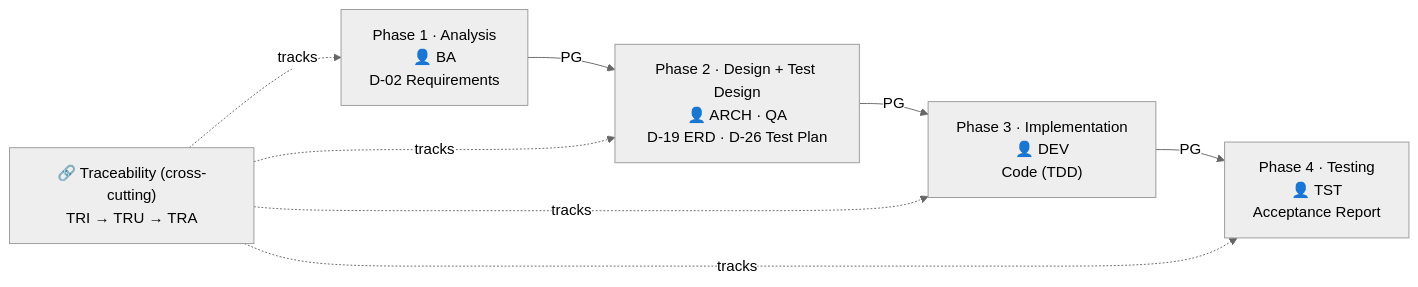
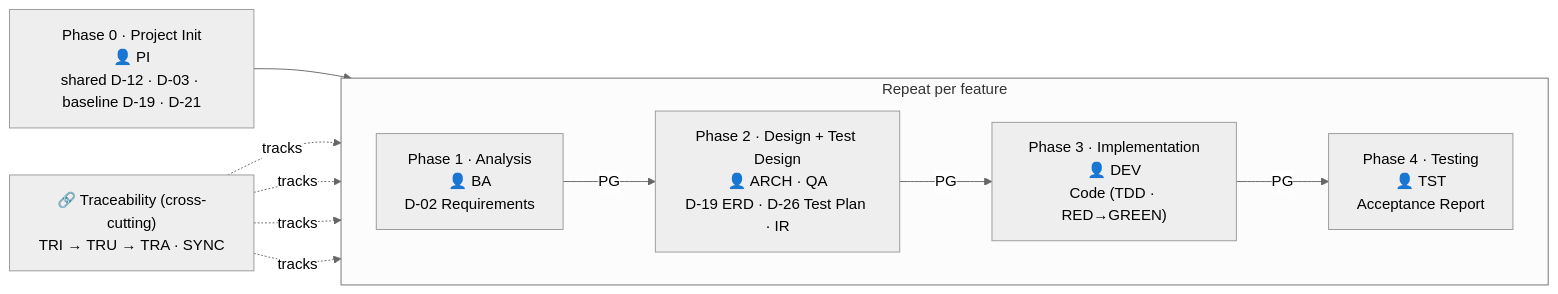
The diagram in README.en.md (hanh9898/waterfall-bmad-method), drawn with Mermaid (neutral theme) before and after one commit. The commit also changed other lines of this file and 29 other files, not shown here.

First line of the commit message:
docs(hbc): đồng bộ toàn bộ tài liệu sang v2 (incremental per-feature + TDD)

````diff
--- a/README.en.md
+++ b/README.en.md
@@ -69,12 +73,18 @@
 ```mermaid
 flowchart LR
-    P1["Phase 1 · Analysis<br/>👤 BA<br/>D-02 Requirements"]
-    P2["Phase 2 · Design + Test Design<br/>👤 ARCH · QA<br/>D-19 ERD · D-26 Test Plan"]
-    P3["Phase 3 · Implementation<br/>👤 DEV<br/>Code (TDD)"]
-    P4["Phase 4 · Testing<br/>👤 TST<br/>Acceptance Report"]
+    P0["Phase 0 · Project Init<br/>👤 PI<br/>shared D-12 · D-03 · baseline D-19 · D-21"]
 
-    P1 -->|PG| P2 -->|PG| P3 -->|PG| P4
+    subgraph FEAT["Repeat per feature"]
+        direction LR
+        P1["Phase 1 · Analysis<br/>👤 BA<br/>D-02 Requirements"]
+        P2["Phase 2 · Design + Test Design<br/>👤 ARCH · QA<br/>D-19 ERD · D-26 Test Plan · IR"]
+        P3["Phase 3 · Implementation<br/>👤 DEV<br/>Code (TDD · RED→GREEN)"]
+        P4["Phase 4 · Testing<br/>👤 TST<br/>Acceptance Report"]
+        P1 -->|PG| P2 -->|PG| P3 -->|PG| P4
+    end
 
-    TR["🔗 Traceability (cross-cutting)<br/>TRI → TRU → TRA"]
+    P0 --> P1
+
+    TR["🔗 Traceability (cross-cutting)<br/>TRI → TRU → TRA · SYNC"]
     TR -.->|tracks| P1 & P2 & P3 & P4
 ```
````
